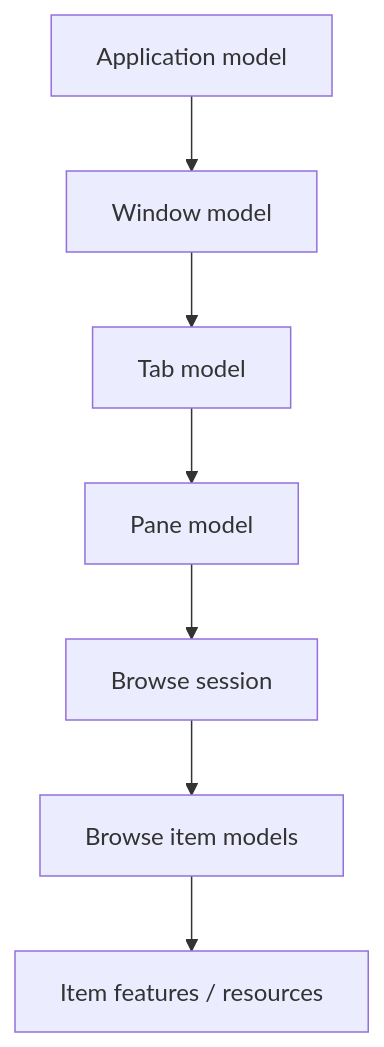
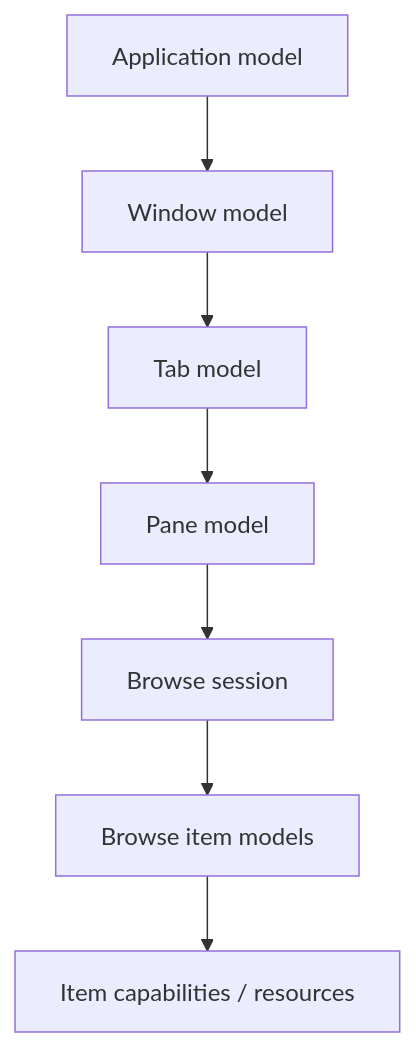
One commit to 0x5bfa/ReFiles changed the diagram in docs/architecture/ownership-and-lifetime.md. Above: the diagram before and after it, drawn with Mermaid. The commit also changed 227 other files, not shown here.

Commit message:
Rename item features to capabilities

````diff
--- a/docs/architecture/ownership-and-lifetime.md
+++ b/docs/architecture/ownership-and-lifetime.md
@@ -11,12 +11,12 @@
 ```mermaid
 flowchart TD
     App[Application model]
     Window[Window model]
     Tab[Tab model]
     Pane[Pane model]
     Browse[Browse session]
     Items[Browse item models]
-    Features[Item features / resources]
+    Capabilities[Item capabilities / resources]
 
-    App --> Window --> Tab --> Pane --> Browse --> Items --> Features
+    App --> Window --> Tab --> Pane --> Browse --> Items --> Capabilities
 ```
````
